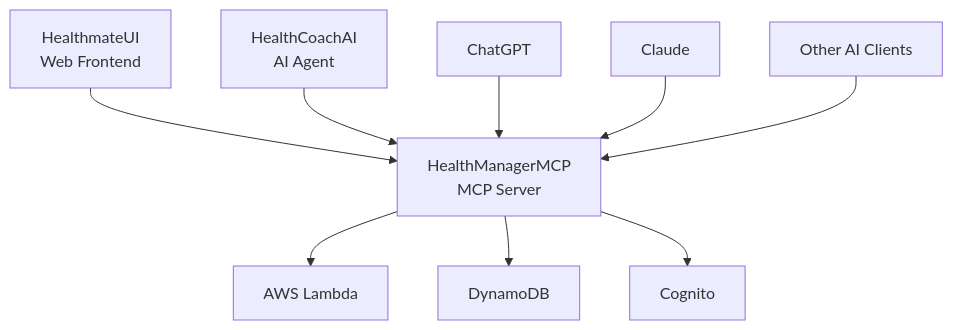
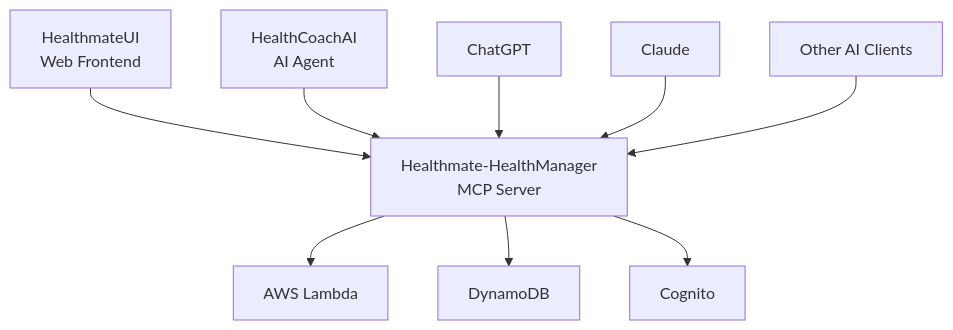
The first of 2 diagrams in README.md (tomofuminijo/HealthManagerMCP), drawn with Mermaid before and after one commit. The commit also changed other lines of this file and 12 other files, not shown here.

````diff
--- a/README.md
+++ b/README.md
@@ -21,12 +21,12 @@
 ```mermaid
 graph TB
-    A[HealthmateUI<br/>Web Frontend] --> B[HealthManagerMCP<br/>MCP Server]
+    A[HealthmateUI<br/>Web Frontend] --> B[Healthmate-HealthManager<br/>MCP Server]
     C[HealthCoachAI<br/>AI Agent] --> B
     D[ChatGPT] --> B
     E[Claude] --> B
     F[Other AI Clients] --> B
     
     B --> G[AWS Lambda]
     B --> H[DynamoDB]
     B --> I[Cognito]
 ```
````
